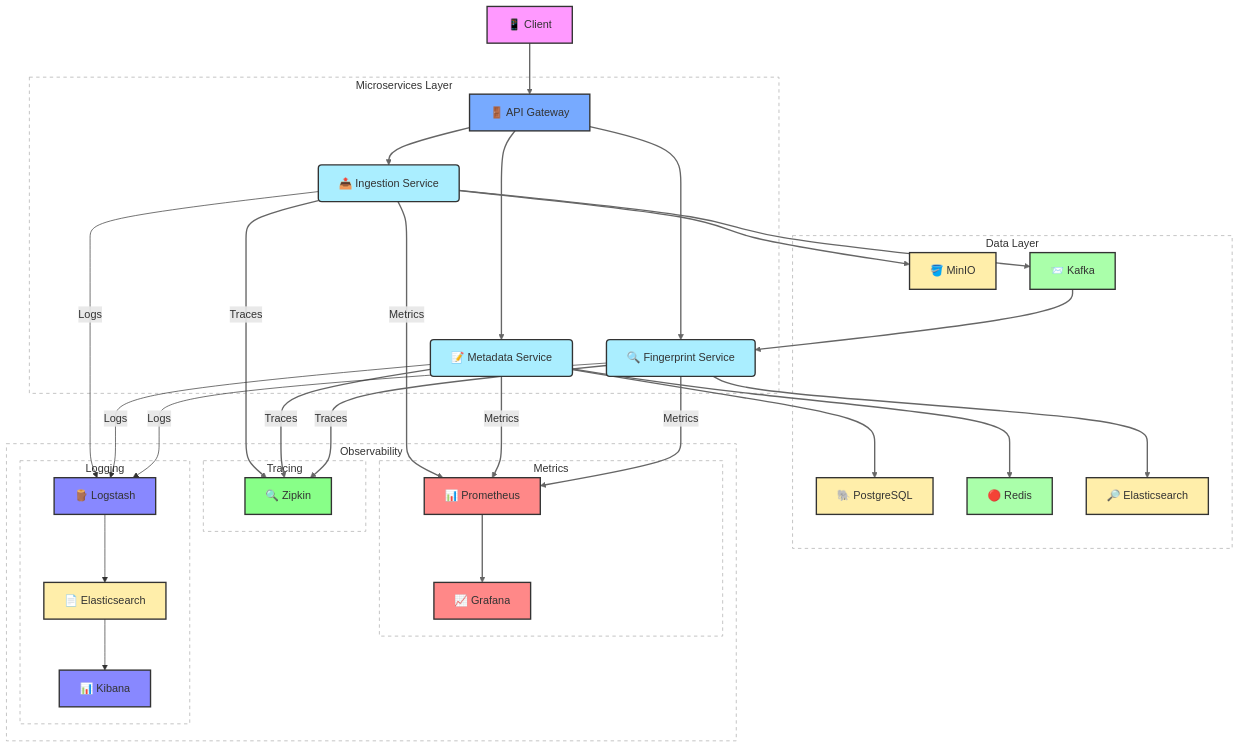
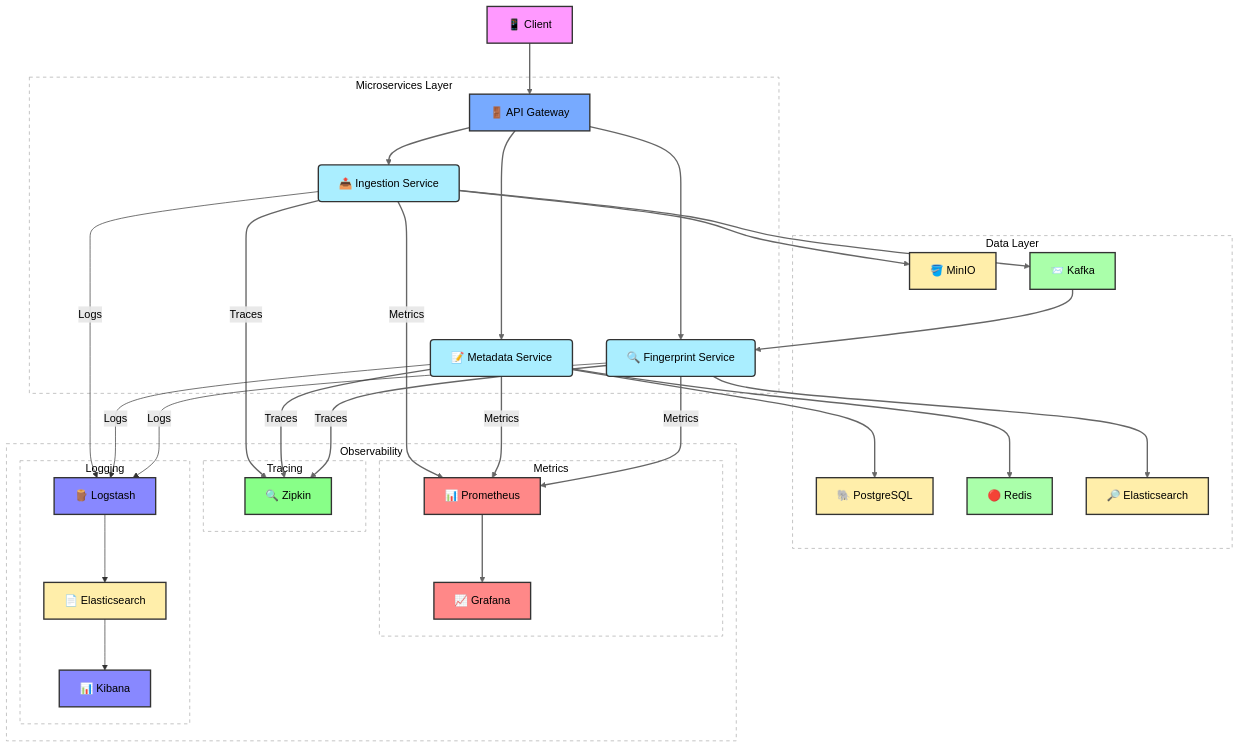
One commit to BogdanPryadko4853/audio-shazam changed the diagram in README.md. Above: the diagram before and after it, drawn with Mermaid.

````diff
--- a/README.md
+++ b/README.md
@@ -41,39 +41,39 @@
 ```mermaid
 graph TD
     %% ========== Clients Section ==========
-    A[📱 Client] --> B[🚪 API Gateway]
+    A[<font color="#000000">📱 Client</font>] --> B[<font color="#000000">🚪 API Gateway</font>]
     
     %% ========== Main Services Section ==========
-    subgraph "Microservices Layer"
-        B --> C[📤 Ingestion Service]
-        B --> D[📝 Metadata Service]
-        B --> E[🔍 Fingerprint Service]
+    subgraph "<font color="#000000">Microservices Layer</font>"
+        B --> C[<font color="#000000">📤 Ingestion Service</font>]
+        B --> D[<font color="#000000">📝 Metadata Service</font>]
+        B --> E[<font color="#000000">🔍 Fingerprint Service</font>]
     end
     
     %% ========== Data Stores Section ==========
-    subgraph "Data Layer"
-        F[🪣 MinIO]
-        G[📨 Kafka]
-        H[🐘 PostgreSQL]
-        J[🔴 Redis]
-        I[🔎 Elasticsearch]
+    subgraph "<font color="#000000">Data Layer</font>"
+        F[<font color="#000000">🪣 MinIO</font>]
+        G[<font color="#000000">📨 Kafka</font>]
+        H[<font color="#000000">🐘 PostgreSQL</font>]
+        J[<font color="#000000">🔴 Redis</font>]
+        I[<font color="#000000">🔎 Elasticsearch</font>]
     end
     
     %% ========== Observability Section ==========
-    subgraph "Observability"
-        subgraph "Metrics"
-            K[📊 Prometheus]
-            L[📈 Grafana]
+    subgraph "<font color="#000000">Observability</font>"
+        subgraph "<font color="#000000">Metrics</font>"
+            K[<font color="#000000">📊 Prometheus</font>]
+            L[<font color="#000000">📈 Grafana</font>]
         end
         
-        subgraph "Tracing"
-            M[🔍 Zipkin]
+        subgraph "<font color="#000000">Tracing</font>"
+            M[<font color="#000000">🔍 Zipkin</font>]
         end
         
-        subgraph "Logging"
-            N[🪵 Logstash]
-            O[📄 Elasticsearch]
-            P[📊 Kibana]
+        subgraph "<font color="#000000">Logging</font>"
+            N[<font color="#000000">🪵 Logstash</font>]
+            O[<font color="#000000">📄 Elasticsearch</font>]
+            P[<font color="#000000">📊 Kibana</font>]
         end
     end
     
@@ -86,25 +86,25 @@
     G --> E
     
     %% ========== Observability Connections ==========
-    C & D & E -->|Metrics| K
+    C & D & E -->|<font color="#000000">Metrics</font>| K
     K --> L
     
-    C & D & E -->|Traces| M
+    C & D & E -->|<font color="#000000">Traces</font>| M
     
-    C & D & E -->|Logs| N
+    C & D & E -->|<font color="#000000">Logs</font>| N
     N --> O
     O --> P
     
     %% ========== Styling ==========
-    classDef client fill:#f9f,stroke:#333,stroke-width:2px;
-    classDef gateway fill:#7af,stroke:#333,stroke-width:2px;
-    classDef service fill:#aef,stroke:#333,stroke-width:2px, rx:5, ry:5;
-    classDef storage fill:#fea,stroke:#333,stroke-width:2px;
-    classDef queue fill:#afa,stroke:#333,stroke-width:2px;
-    classDef metrics fill:#f88,stroke:#333,stroke-width:2px;
-    classDef tracing fill:#8f8,stroke:#333,stroke-width:2px;
-    classDef logging fill:#88f,stroke:#333,stroke-width:2px;
-    classDef cluster fill:none,stroke-dasharray:5,stroke:#aaa;
+    classDef client fill:#f9f,stroke:#333,stroke-width:2px,color:#000000;
+    classDef gateway fill:#7af,stroke:#333,stroke-width:2px,color:#000000;
+    classDef service fill:#aef,stroke:#333,stroke-width:2px,color:#000000,rx:5,ry:5;
+    classDef storage fill:#fea,stroke:#333,stroke-width:2px,color:#000000;
+    classDef queue fill:#afa,stroke:#333,stroke-width:2px,color:#000000;
+    classDef metrics fill:#f88,stroke:#333,stroke-width:2px,color:#000000;
+    classDef tracing fill:#8f8,stroke:#333,stroke-width:2px,color:#000000;
+    classDef logging fill:#88f,stroke:#333,stroke-width:2px,color:#000000;
+    classDef cluster fill:none,stroke-dasharray:5,stroke:#aaa,color:#000000;
     
     class A client;
     class B gateway;
@@ -116,7 +116,6 @@
     class N,P logging;
     
     %% ========== Layout Improvements ==========
-    %% Vertical alignment
     linkStyle 0 stroke:#666,stroke-width:2px;
     linkStyle 1,2,3 stroke:#666,stroke-width:2px;
     linkStyle 4,5,6,7,8 stroke:#666,stroke-width:2px;
````
